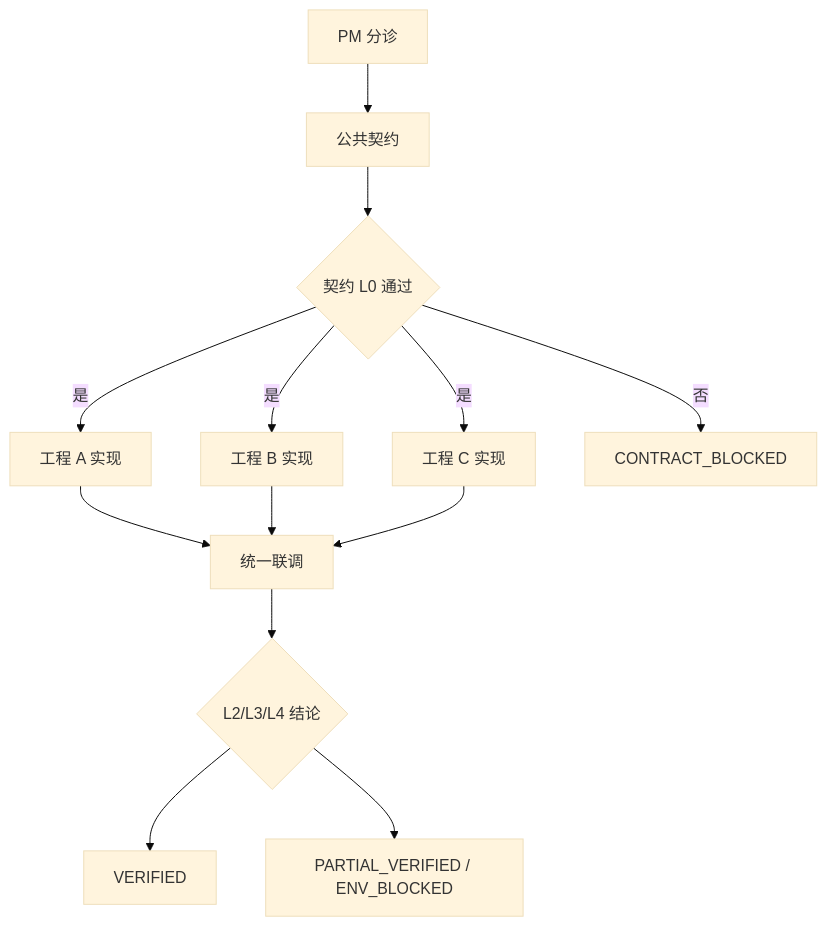
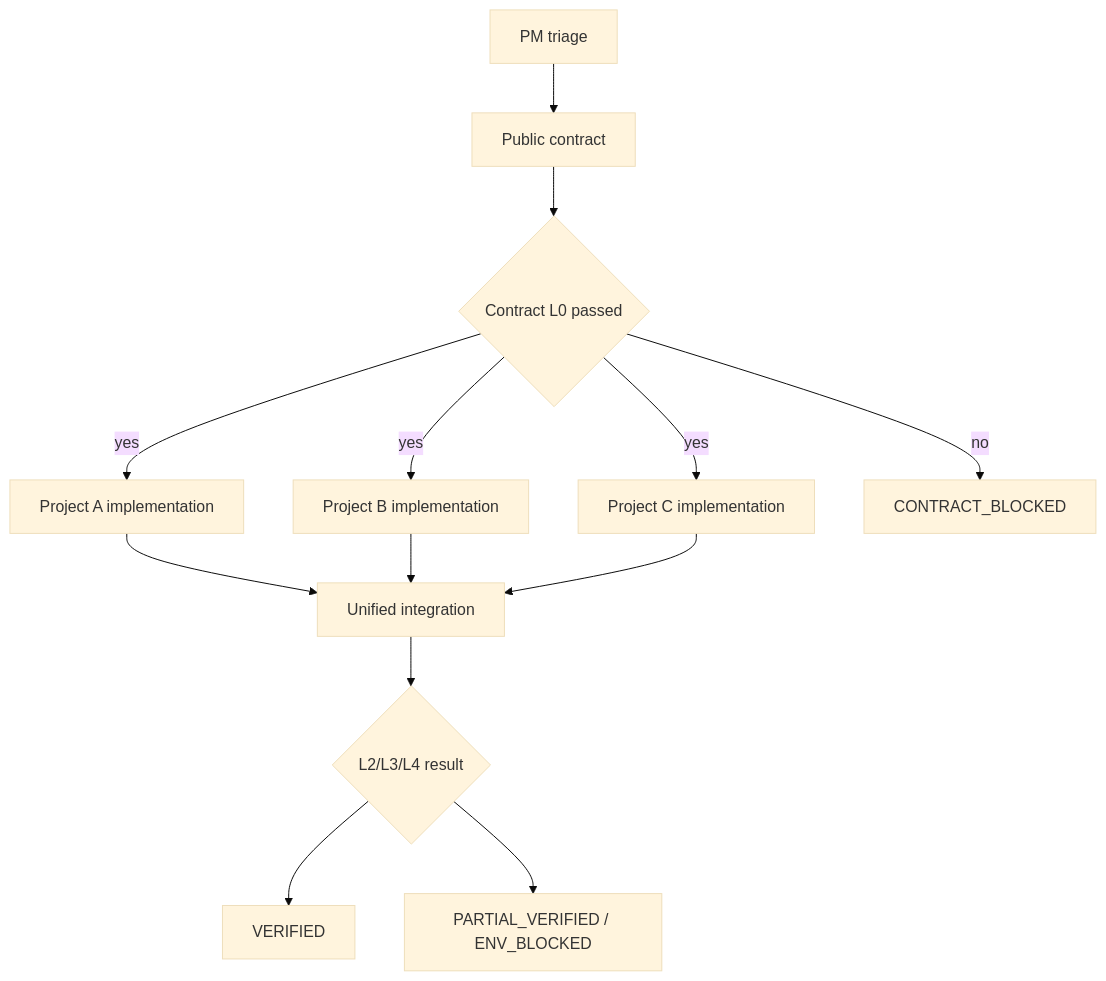
One commit to wz-gis/pm-dispatch-development changed the second of 4 diagrams in README.md. Above: the diagram before and after it, drawn with Mermaid (base theme). The commit also changed other lines of this file, not shown here.

````diff
--- a/README.md
+++ b/README.md
@@ -262,15 +276,15 @@
 ```mermaid
 flowchart TD
-    A["PM 分诊"] --> B["公共契约"]
-    B --> C{"契约 L0 通过"}
-    C -- "是" --> D["工程 A 实现"]
-    C -- "是" --> E["工程 B 实现"]
-    C -- "是" --> F["工程 C 实现"]
-    C -- "否" --> X["CONTRACT_BLOCKED"]
-    D --> G["统一联调"]
+    A["PM triage"] --> B["Public contract"]
+    B --> C{"Contract L0 passed"}
+    C -- "yes" --> D["Project A implementation"]
+    C -- "yes" --> E["Project B implementation"]
+    C -- "yes" --> F["Project C implementation"]
+    C -- "no" --> X["CONTRACT_BLOCKED"]
+    D --> G["Unified integration"]
     E --> G
     F --> G
-    G --> H{"L2/L3/L4 结论"}
+    G --> H{"L2/L3/L4 result"}
     H --> I["VERIFIED"]
     H --> J["PARTIAL_VERIFIED / ENV_BLOCKED"]
 ```
````
